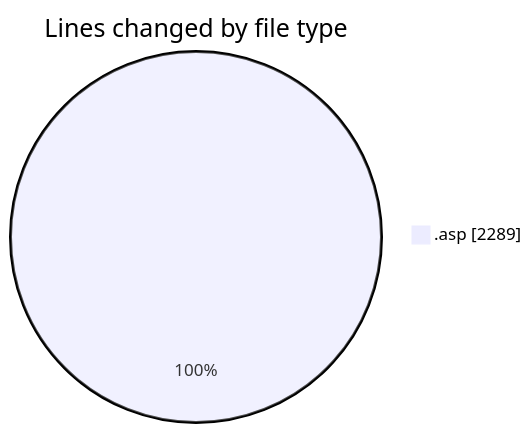
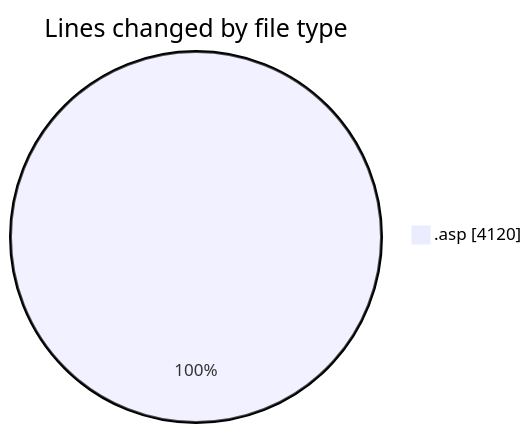
Before and after one commit to julien-gomy/code-tracking: the first of 2 diagrams in 2025-11-20/cdp_aleoudev_fr__workspace_/README.md, drawn with Mermaid. The commit also changed other lines of this file and 1 other file, not shown here.

````diff
--- a/2025-11-20/cdp_aleoudev_fr__workspace_/README.md
+++ b/2025-11-20/cdp_aleoudev_fr__workspace_/README.md
@@ -25,5 +27,5 @@
 ```mermaid
 pie showData
 title Lines changed by file type
-".asp" : 2289
+".asp" : 4120
 ```
````
